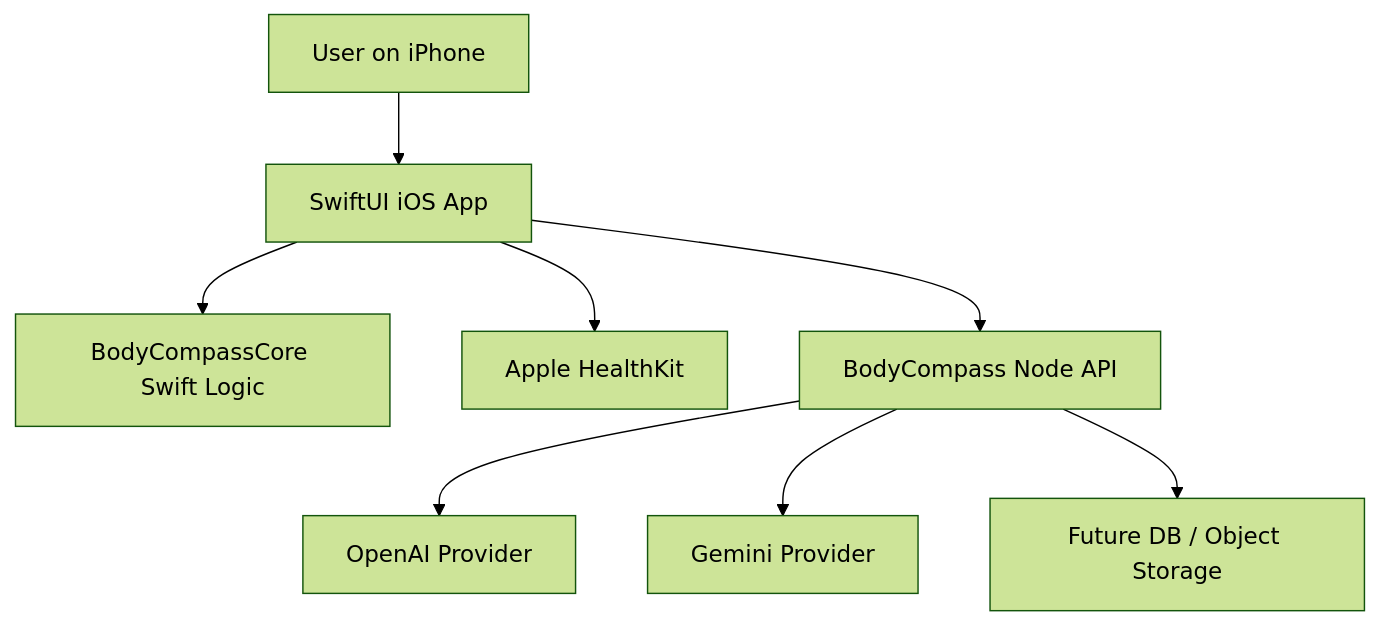
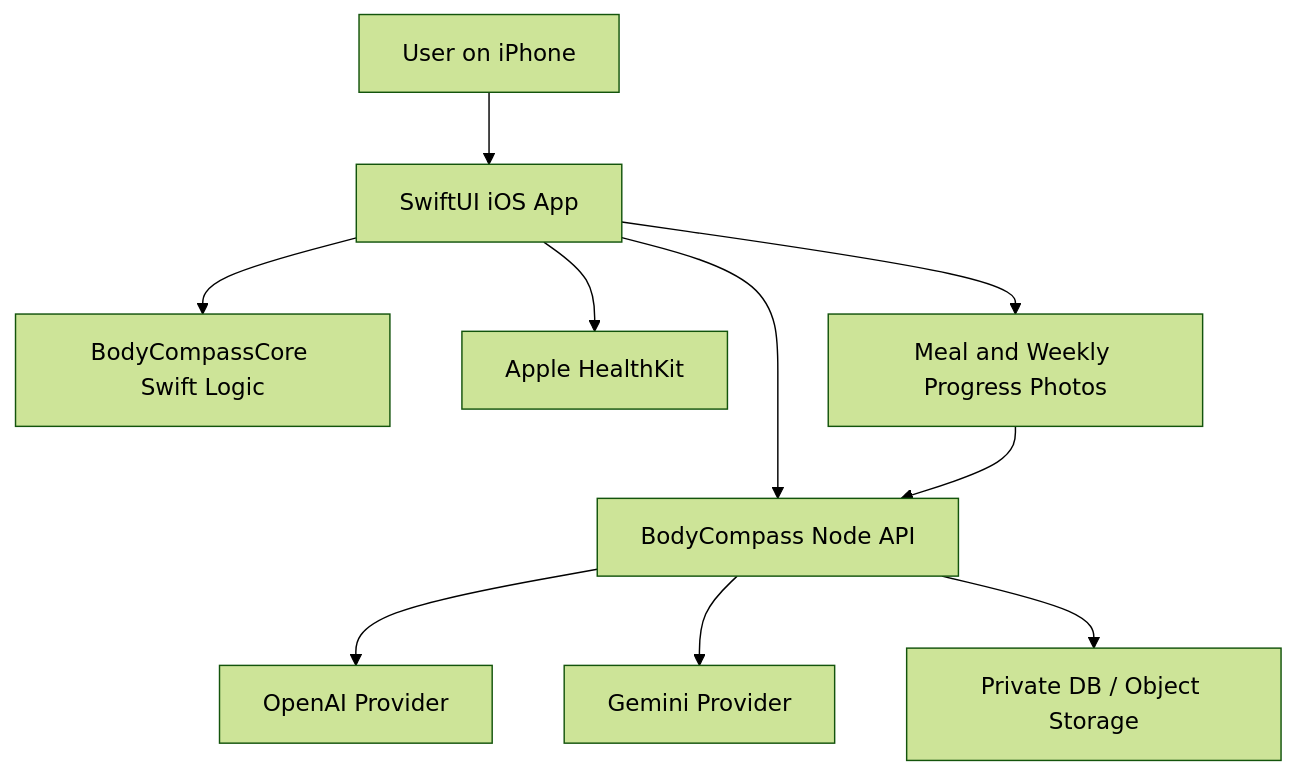
One commit to Rohanmond/BodyCompass changed the diagram in ai/architecture.md. Above: the diagram before and after it, drawn with Mermaid (forest theme). The commit also changed other lines of this file and 9 other files, not shown here.

Commit message:
Plan weekly AI progress photo check-ins

````diff
--- a/ai/architecture.md
+++ b/ai/architecture.md
@@ -5,10 +5,12 @@
 ```mermaid
 flowchart TD
     User["User on iPhone"] --> IOS["SwiftUI iOS App"]
     IOS --> Core["BodyCompassCore Swift Logic"]
     IOS --> HealthKit["Apple HealthKit"]
     IOS --> API["BodyCompass Node API"]
     API --> OpenAI["OpenAI Provider"]
     API --> Gemini["Gemini Provider"]
-    API --> Store["Future DB / Object Storage"]
+    API --> Store["Private DB / Object Storage"]
+    IOS --> Photos["Meal and Weekly Progress Photos"]
+    Photos --> API
 ```
````
